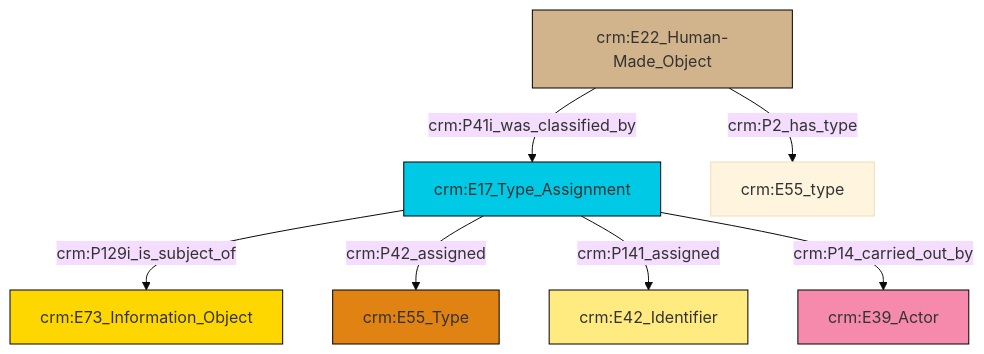
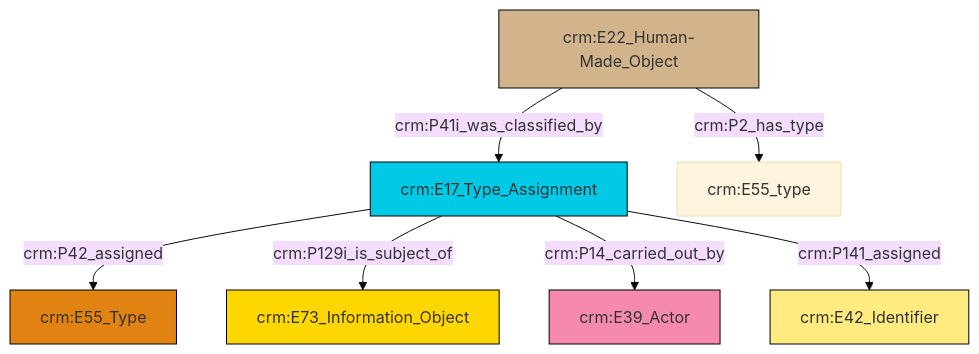
Before and after one commit to swiss-art-research-net/reference-data-models: the diagram in et/builtWorkCSV/ttl/mmd/Built_Work_designation_status.ttl.mmd, drawn with Mermaid (base theme). The commit also changed 128 other files, not shown here.

```diff
--- a/et/builtWorkCSV/ttl/mmd/Built_Work_designation_status.ttl.mmd
+++ b/et/builtWorkCSV/ttl/mmd/Built_Work_designation_status.ttl.mmd
@@ -1,21 +1,21 @@
 graph TD
 classDef Literal fill:#f2f2f2,stroke:#000000;
 classDef CRM_Entity fill:#FFFFFF,stroke:#000000;
 classDef Temporal_Entity fill:#00C9E6, stroke:#000000;
 classDef Type fill:#E18312, stroke:#000000;
 classDef Time-Span fill:#2C9C91, stroke:#000000;
 classDef Appellation fill:#FFEB7F, stroke:#000000;
 classDef Place fill:#008836, stroke:#000000;
 classDef Persistent_Item fill:#B266B2, stroke:#000000;
 classDef Conceptual_Object fill:#FFD700, stroke:#000000;
 classDef Physical_Thing fill:#D2B48C, stroke:#000000;
 classDef Actor fill:#f58aad, stroke:#000000;
 classDef PC_Classes fill:#4ce600, stroke:#000000;
 classDef Multi fill:#cccccc,stroke:#000000;
 
-0["crm:E17_Type_Assignment"]:::Temporal_Entity -->|crm:P129i_is_subject_of| 2["crm:E73_Information_Object"]:::Conceptual_Object
-0["crm:E17_Type_Assignment"]:::Temporal_Entity -->|crm:P42_assigned| 5["crm:E55_Type"]:::Type
-7["crm:E22_Human-Made_Object"]:::Physical_Thing -->|crm:P2_has_type| 3["crm:E55_type"]:::Default
-0["crm:E17_Type_Assignment"]:::Temporal_Entity -->|crm:P141_assigned| 9["crm:E42_Identifier"]:::Appellation
-0["crm:E17_Type_Assignment"]:::Temporal_Entity -->|crm:P14_carried_out_by| 10["crm:E39_Actor"]:::Actor
-7["crm:E22_Human-Made_Object"]:::Physical_Thing -->|crm:P41i_was_classified_by| 0["crm:E17_Type_Assignment"]:::Temporal_Entity
+2["crm:E22_Human-Made_Object"]:::Physical_Thing -->|crm:P2_has_type| 4["crm:E55_type"]:::Default
+0["crm:E17_Type_Assignment"]:::Temporal_Entity -->|crm:P42_assigned| 7["crm:E55_Type"]:::Type
+0["crm:E17_Type_Assignment"]:::Temporal_Entity -->|crm:P129i_is_subject_of| 5["crm:E73_Information_Object"]:::Conceptual_Object
+0["crm:E17_Type_Assignment"]:::Temporal_Entity -->|crm:P14_carried_out_by| 9["crm:E39_Actor"]:::Actor
+2["crm:E22_Human-Made_Object"]:::Physical_Thing -->|crm:P41i_was_classified_by| 0["crm:E17_Type_Assignment"]:::Temporal_Entity
+0["crm:E17_Type_Assignment"]:::Temporal_Entity -->|crm:P141_assigned| 11["crm:E42_Identifier"]:::Appellation
```
